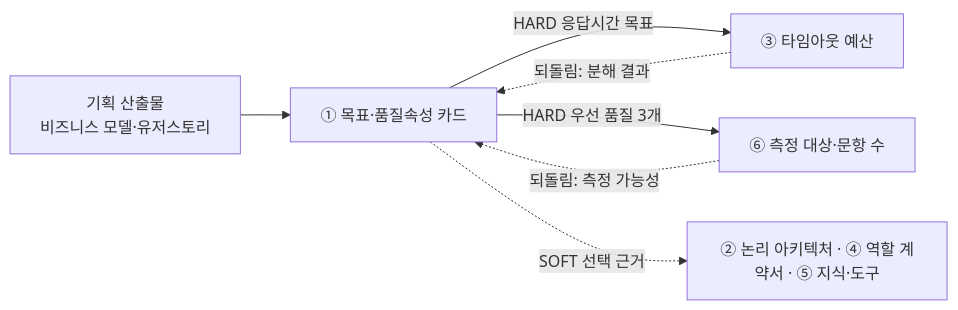
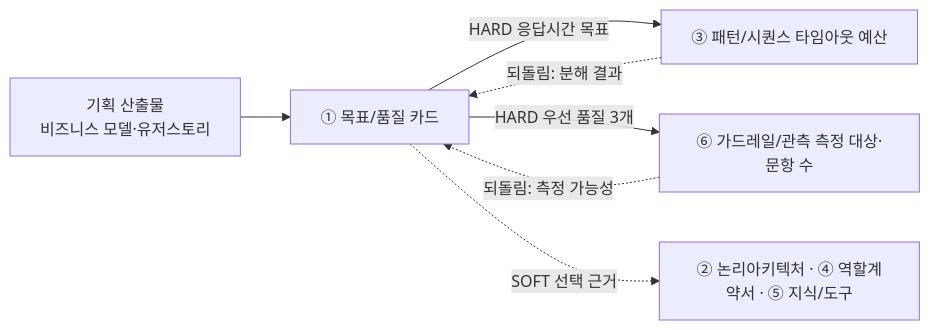
The diagram in guides/01-목표품질속성카드-가이드.md (unicorn-campus/design-agentic-ai), drawn with Mermaid before and after one commit. The commit also changed other lines of this file and 15 other files, not shown here.

````diff
--- a/guides/01-목표품질속성카드-가이드.md
+++ b/guides/01-목표품질속성카드-가이드.md
@@ -16,9 +16,9 @@
 ```mermaid
 flowchart LR
-  BM["기획 산출물<br/>비즈니스 모델·유저스토리"] --> C["① 목표·품질속성 카드"]
-  C -->|"HARD 응답시간 목표"| S3["③ 타임아웃 예산"]
-  C -->|"HARD 우선 품질 3개"| S6["⑥ 측정 대상·문항 수"]
-  C -.->|"SOFT 선택 근거"| S2["② 논리 아키텍처 · ④ 역할 계약서 · ⑤ 지식·도구"]
+  BM["기획 산출물<br/>비즈니스 모델·유저스토리"] --> C["① 목표/품질 카드"]
+  C -->|"HARD 응답시간 목표"| S3["③ 패턴/시퀀스 타임아웃 예산"]
+  C -->|"HARD 우선 품질 3개"| S6["⑥ 가드레일/관측 측정 대상·문항 수"]
+  C -.->|"SOFT 선택 근거"| S2["② 논리아키텍처 · ④ 역할계약서 · ⑤ 지식/도구"]
   S3 -.->|"되돌림: 분해 결과"| C
   S6 -.->|"되돌림: 측정 가능성"| C
 ```
````
